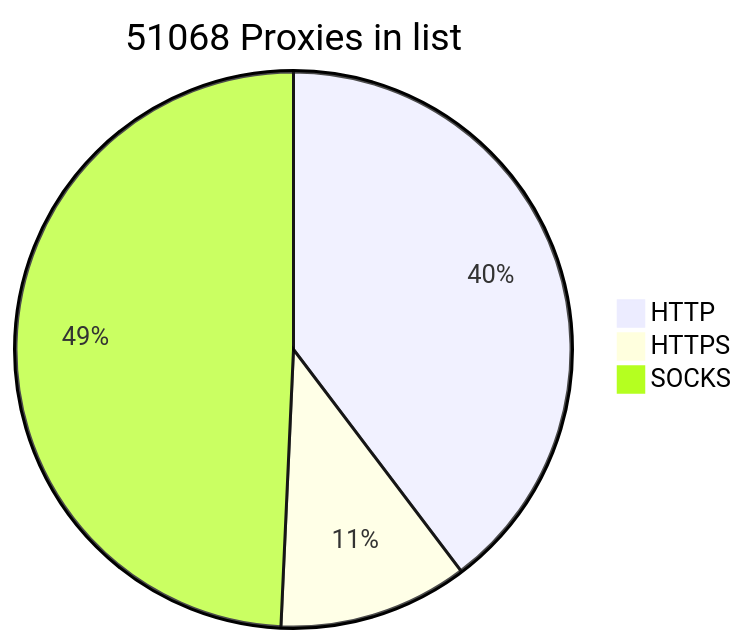
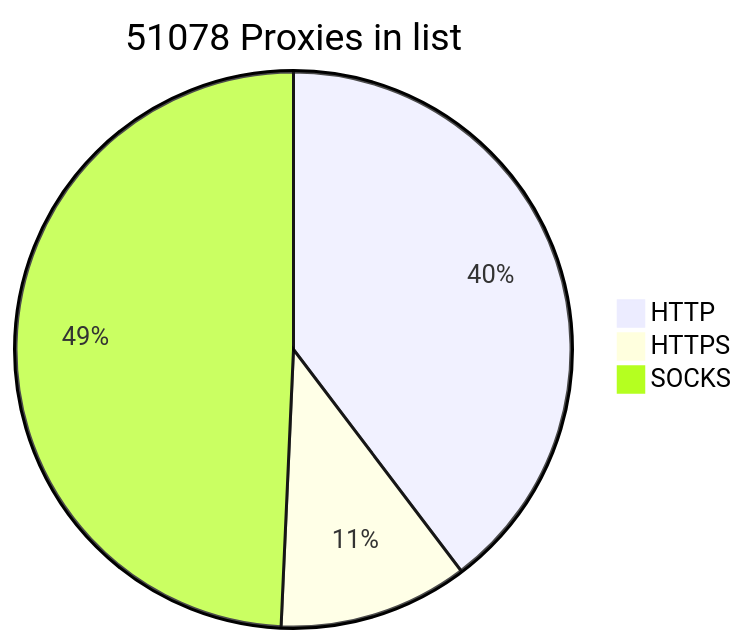
Before and after one commit to BlackSnowDot/proxylist-update-every-minute: the diagram in README.md, drawn with Mermaid.

````diff
--- a/README.md
+++ b/README.md
@@ -2,6 +2,6 @@
 ```mermaid
-pie title 51068 Proxies in list
+pie title 51078 Proxies in list
     "HTTP" : 22462
     "HTTPS": 6242
-    "SOCKS" : 27887
+    "SOCKS" : 27897
 ```
````
